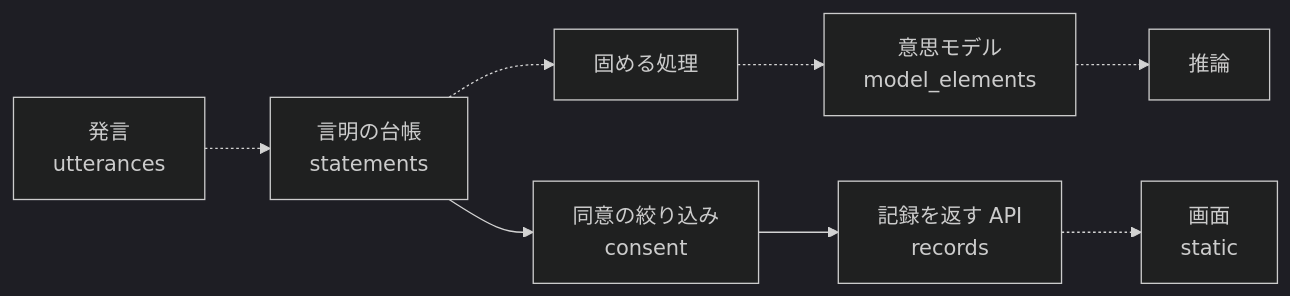
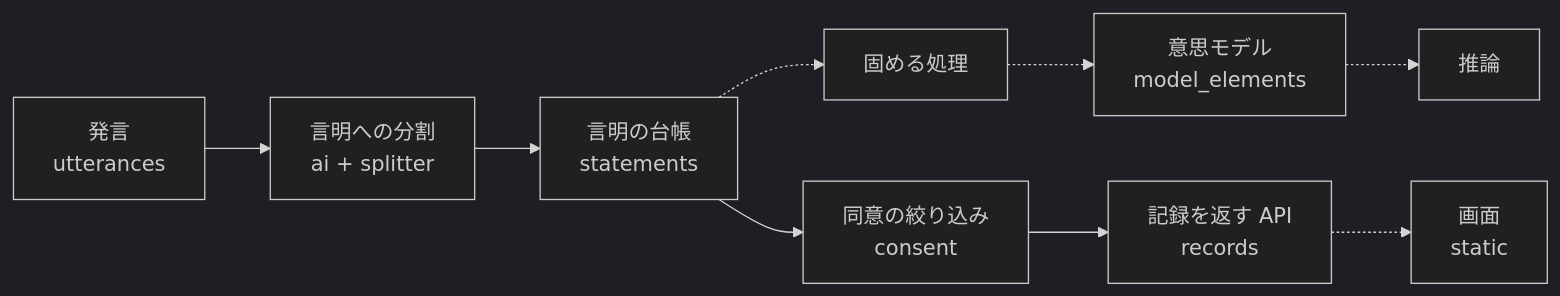
One commit to tnakashimayam-max/narrative-twin changed the diagram in docs/architecture.md. Above: the diagram before and after it, drawn with Mermaid (dark theme). The commit also changed other lines of this file and 31 other files, not shown here.

````diff
--- a/docs/architecture.md
+++ b/docs/architecture.md
@@ -7,10 +7,11 @@
 ```mermaid
 flowchart LR
-    U[発言<br>utterances] -.-> S[言明の台帳<br>statements]
+    U[発言<br>utterances] --> SP[言明への分割<br>ai + splitter]
+    SP --> S[言明の台帳<br>statements]
     S -.-> C[固める処理]
     C -.-> M[意思モデル<br>model_elements]
     M -.-> I[推論]
     S --> V[同意の絞り込み<br>consent]
     V --> A[記録を返す API<br>records]
     A -.-> B[画面<br>static]
 ```
````
